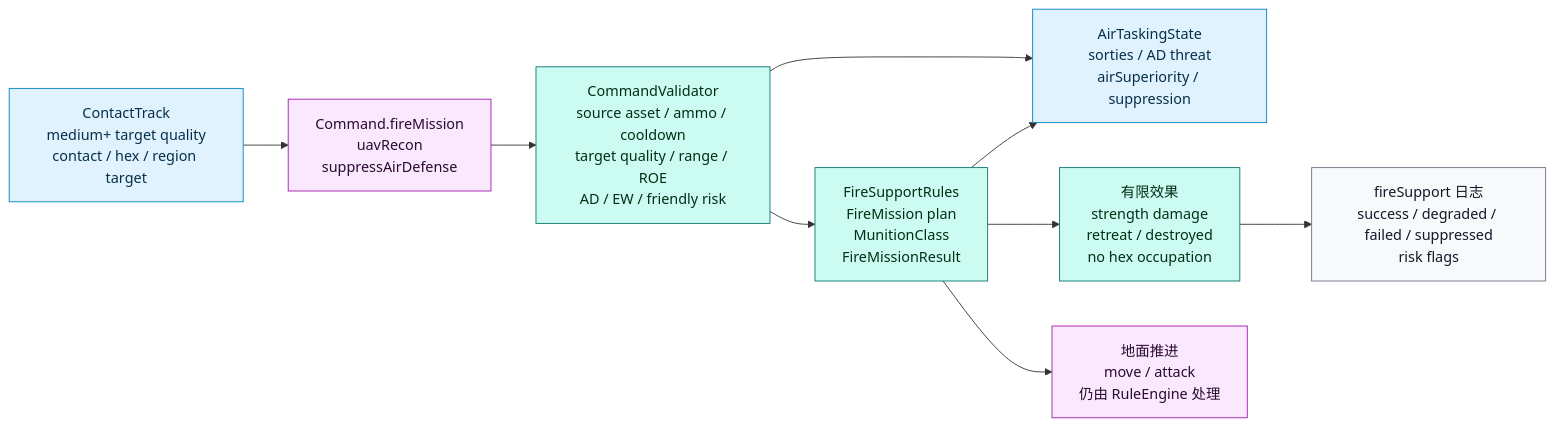
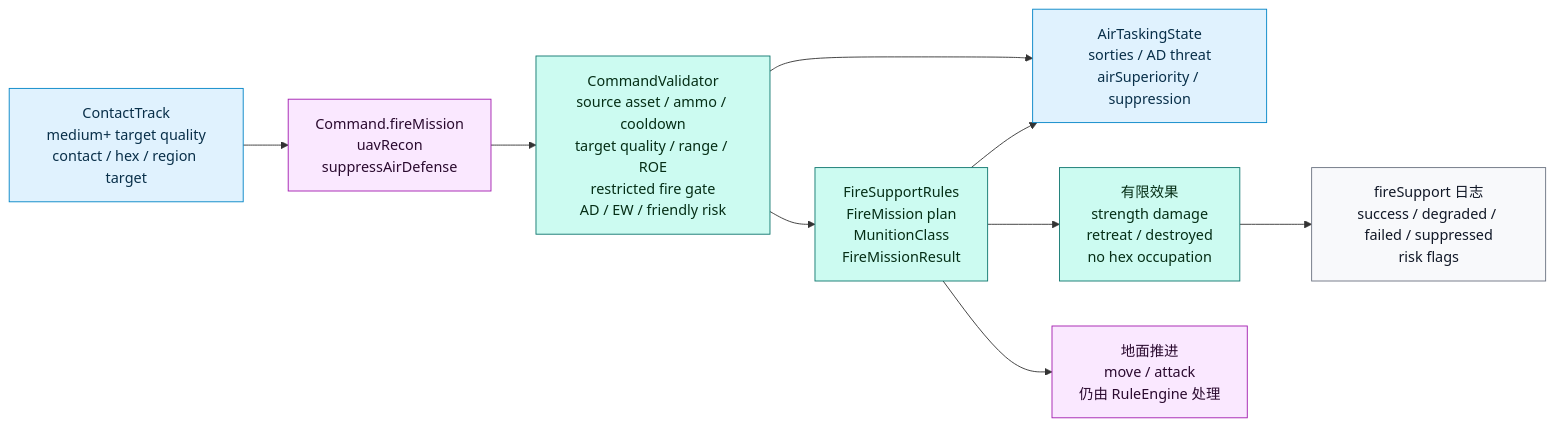
Before and after one commit to Altman-sam114/127: the seventh of 20 diagrams in md/flow/flowchart.md, drawn with Mermaid. The commit also changed 9 other files, not shown here.

Commit message:
fix: gate restricted fire missions

````diff
--- a/md/flow/flowchart.md
+++ b/md/flow/flowchart.md
@@ -203,22 +203,22 @@
 ```mermaid
 flowchart LR
     CONTACT["ContactTrack<br/>medium+ target quality<br/>contact / hex / region target"]:::state
     CMD["Command.fireMission<br/>uavRecon<br/>suppressAirDefense"]:::command
-    VALID["CommandValidator<br/>source asset / ammo / cooldown<br/>target quality / range / ROE<br/>AD / EW / friendly risk"]:::rules
+    VALID["CommandValidator<br/>source asset / ammo / cooldown<br/>target quality / range / ROE<br/>restricted fire gate<br/>AD / EW / friendly risk"]:::rules
     FIRE["FireSupportRules<br/>FireMission plan<br/>MunitionClass<br/>FireMissionResult"]:::rules
     AIR["AirTaskingState<br/>sorties / AD threat<br/>airSuperiority / suppression"]:::state
     DAMAGE["有限效果<br/>strength damage<br/>retreat / destroyed<br/>no hex occupation"]:::rules
     LOG["fireSupport 日志<br/>success / degraded / failed / suppressed<br/>risk flags"]:::display
     GROUND["地面推进<br/>move / attack<br/>仍由 RuleEngine 处理"]:::command
 
     CONTACT --> CMD --> VALID --> FIRE
     VALID --> AIR
     FIRE --> AIR
     FIRE --> DAMAGE --> LOG
     FIRE --> GROUND
 
     classDef state fill:#e0f2fe,stroke:#0284c7,color:#082f49
     classDef rules fill:#ccfbf1,stroke:#0f766e,color:#052e16
     classDef command fill:#fae8ff,stroke:#a21caf,color:#2a0a2f
     classDef display fill:#f8f9fb,stroke:#6b7280,color:#111827
 ```
````
